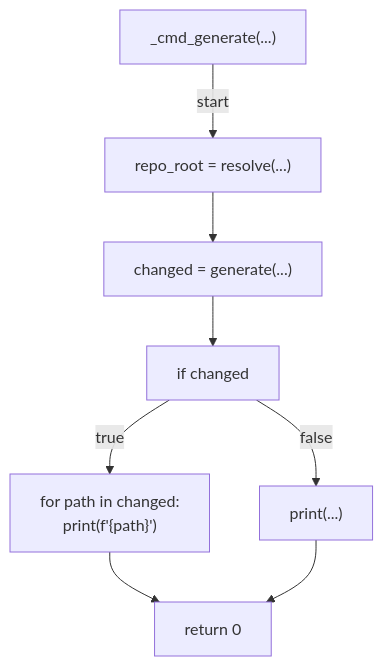
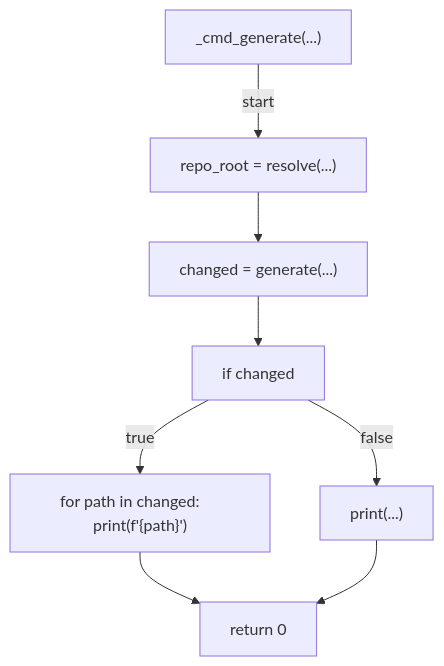
Before and after one commit to tvna/claude-md: the eighth of 10 diagrams in docs/generated/scripts/ast/generate_devcontainer_arch_overlays.md, drawn with Mermaid. The commit also changed other lines of this file and 30 other files, not shown here.

First line of the commit message:
docs(generated): regenerate decision tree and workflow diagrams (batch 2/5)

````diff
--- a/docs/generated/scripts/ast/generate_devcontainer_arch_overlays.md
+++ b/docs/generated/scripts/ast/generate_devcontainer_arch_overlays.md
@@ -139,18 +116,17 @@
 ```mermaid
 flowchart TD
     N001["_cmd_generate(...)"]
     N002["repo_root = resolve(...)"]
     N003["changed = generate(...)"]
     N004["if changed"]
-    N005["for path in changed:
-    print(f'<str>{path}')"]
+    N005["for path in changed:     print(f'<str>{path}')"]
     N006["print(...)"]
     N007["return 0"]
     N001 -->|"start"| N002
     N002 --> N003
     N003 --> N004
     N004 -->|"true"| N005
     N004 -->|"false"| N006
     N005 --> N007
     N006 --> N007
 ```
````
